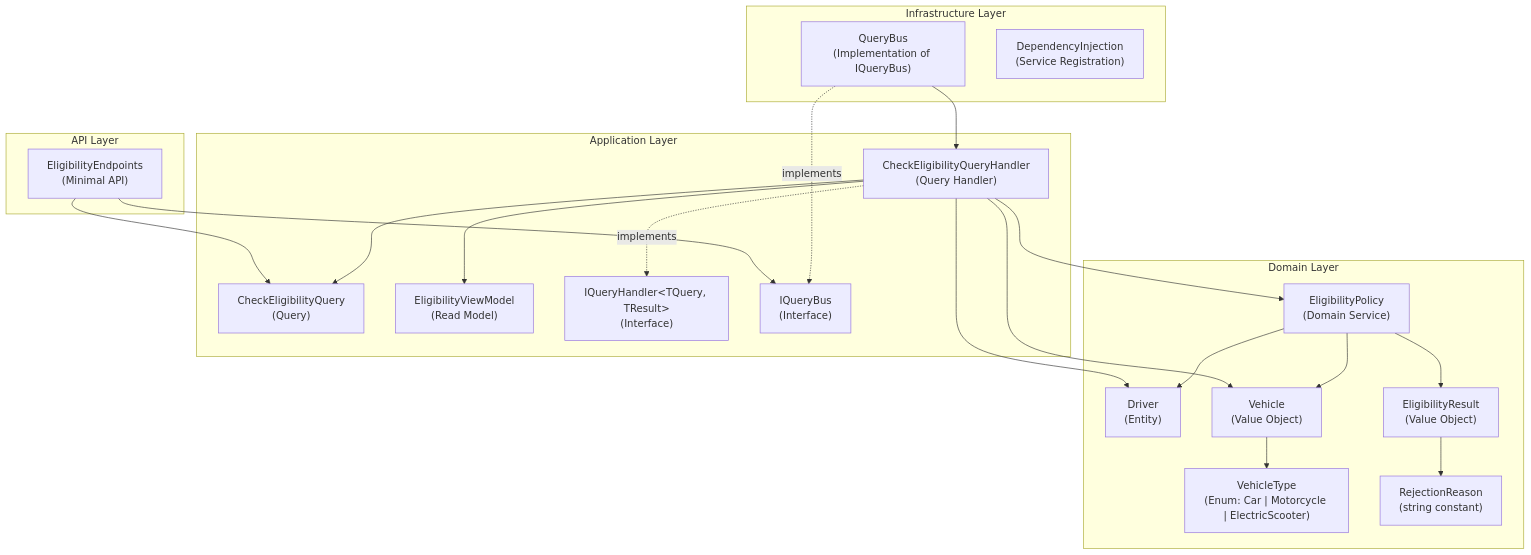
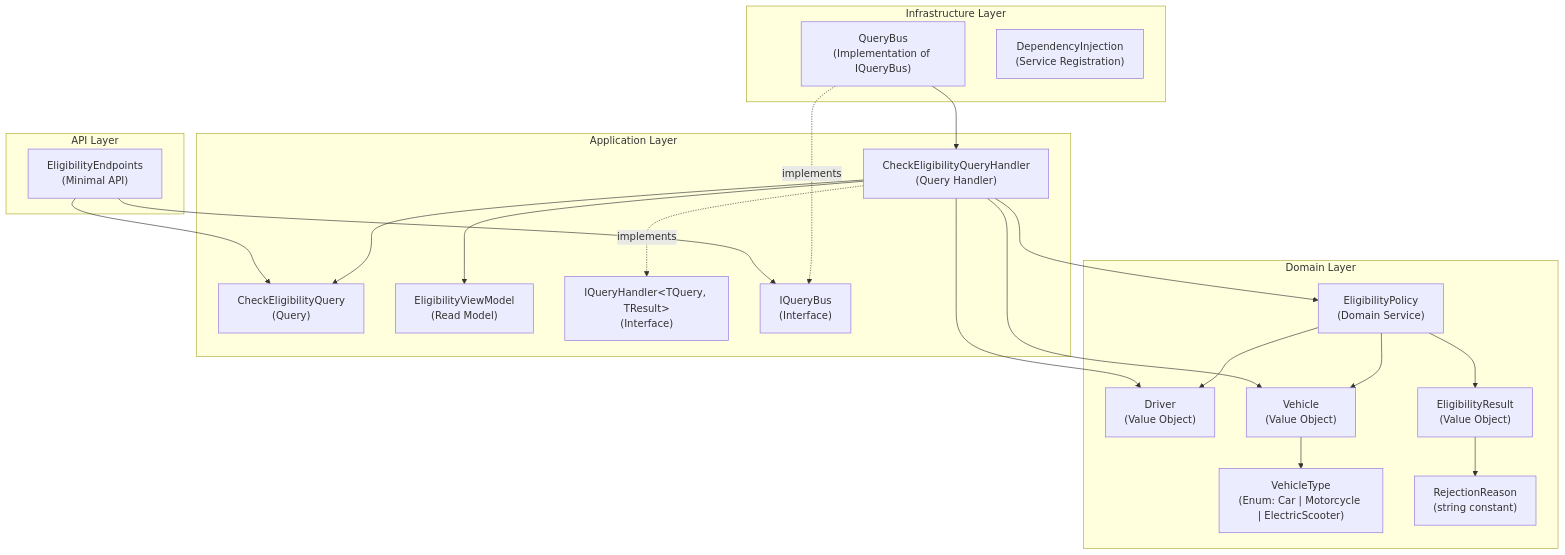
One commit to SebastienDegodez/meetup-coding-with-ai changed the first of 2 diagrams in .skraft/sdlc/design/diagrams-story-41.md. Above: the diagram before and after it, drawn with Mermaid. The commit also changed other lines of this file and 2 other files, not shown here.

Commit message:
design(story-41): add consistency matrix and fix classification drift
- Add consistency-matrix-story-41.md (Phase 9 gate — all PASS)
- Fix CheckEligibility: section Command → section Query in event-model (ADR-001 ratifies as Query)
- Fix Driver: Entity → Value Object in diagrams (ADR-002 ratifies as Value Object)

````diff
--- a/.skraft/sdlc/design/diagrams-story-41.md
+++ b/.skraft/sdlc/design/diagrams-story-41.md
@@ -11,47 +11,47 @@
 ```mermaid
 graph TD
     subgraph EligibilityContext_Domain["Domain Layer"]
         EligibilityPolicy["EligibilityPolicy\n(Domain Service)"]
-        Driver["Driver\n(Entity)"]
+        Driver["Driver\n(Value Object)"]
         Vehicle["Vehicle\n(Value Object)"]
         VehicleType["VehicleType\n(Enum: Car | Motorcycle | ElectricScooter)"]
         EligibilityResult["EligibilityResult\n(Value Object)"]
         RejectionReason["RejectionReason\n(string constant)"]
     end
 
     subgraph EligibilityContext_Application["Application Layer"]
         CheckEligibilityQuery["CheckEligibilityQuery\n(Query)"]
         CheckEligibilityQueryHandler["CheckEligibilityQueryHandler\n(Query Handler)"]
         EligibilityViewModel["EligibilityViewModel\n(Read Model)"]
         IQueryHandler["IQueryHandler&lt;TQuery, TResult&gt;\n(Interface)"]
         IQueryBus["IQueryBus\n(Interface)"]
     end
 
     subgraph EligibilityContext_Infrastructure["Infrastructure Layer"]
         QueryBus["QueryBus\n(Implementation of IQueryBus)"]
         DI["DependencyInjection\n(Service Registration)"]
     end
 
     subgraph EligibilityContext_Api["API Layer"]
         EligibilityEndpoints["EligibilityEndpoints\n(Minimal API)"]
     end
 
     EligibilityPolicy --> Driver
     EligibilityPolicy --> Vehicle
     EligibilityPolicy --> EligibilityResult
     Vehicle --> VehicleType
     EligibilityResult --> RejectionReason
 
     CheckEligibilityQueryHandler --> EligibilityPolicy
     CheckEligibilityQueryHandler --> Driver
     CheckEligibilityQueryHandler --> Vehicle
     CheckEligibilityQueryHandler --> EligibilityViewModel
     CheckEligibilityQueryHandler --> CheckEligibilityQuery
     CheckEligibilityQueryHandler -.->|implements| IQueryHandler
 
     QueryBus -.->|implements| IQueryBus
     QueryBus --> CheckEligibilityQueryHandler
 
     EligibilityEndpoints --> IQueryBus
     EligibilityEndpoints --> CheckEligibilityQuery
 ```
````
